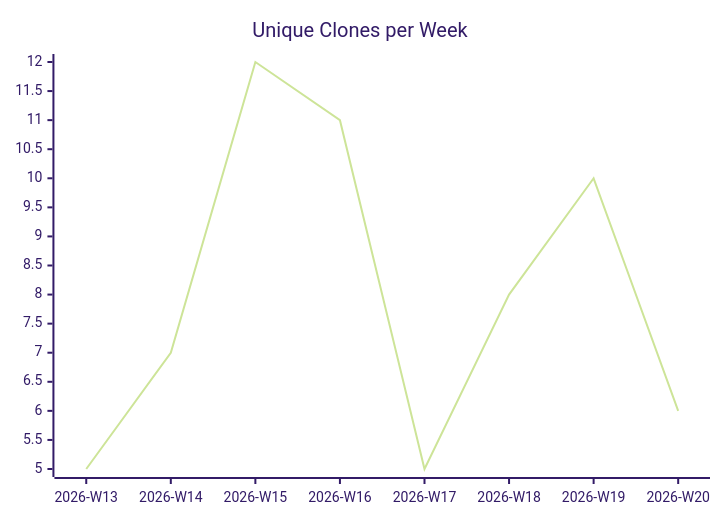
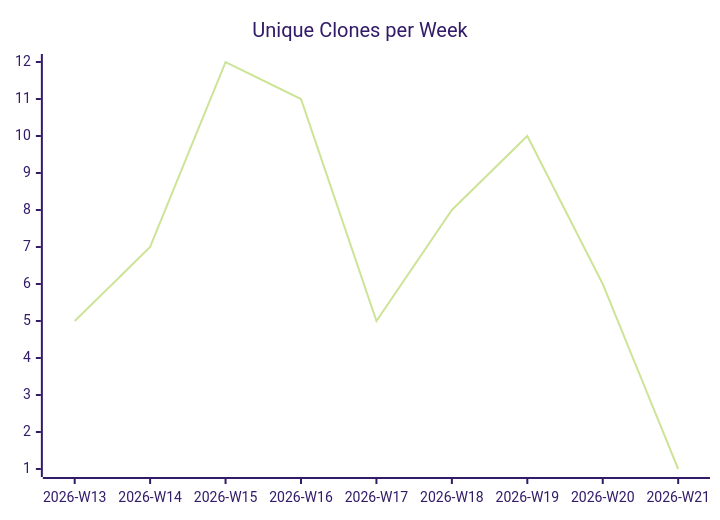
The third of 3 diagrams in karlmdavis/fhir-benchmarks/README.md (justdavis-family/github-analytics-data), drawn with Mermaid (forest theme) before and after one commit. The commit also changed other lines of this file and 189 other files, not shown here.

````diff
--- a/karlmdavis/fhir-benchmarks/README.md
+++ b/karlmdavis/fhir-benchmarks/README.md
@@ -19,6 +19,6 @@
 ```mermaid
 xychart-beta
   title "Unique Clones per Week"
-  x-axis ["2026-W13", "2026-W14", "2026-W15", "2026-W16", "2026-W17", "2026-W18", "2026-W19", "2026-W20"]
-  line [5, 7, 12, 11, 5, 8, 10, 6]
+  x-axis ["2026-W13", "2026-W14", "2026-W15", "2026-W16", "2026-W17", "2026-W18", "2026-W19", "2026-W20", "2026-W21"]
+  line [5, 7, 12, 11, 5, 8, 10, 6, 1]
 ```
````
